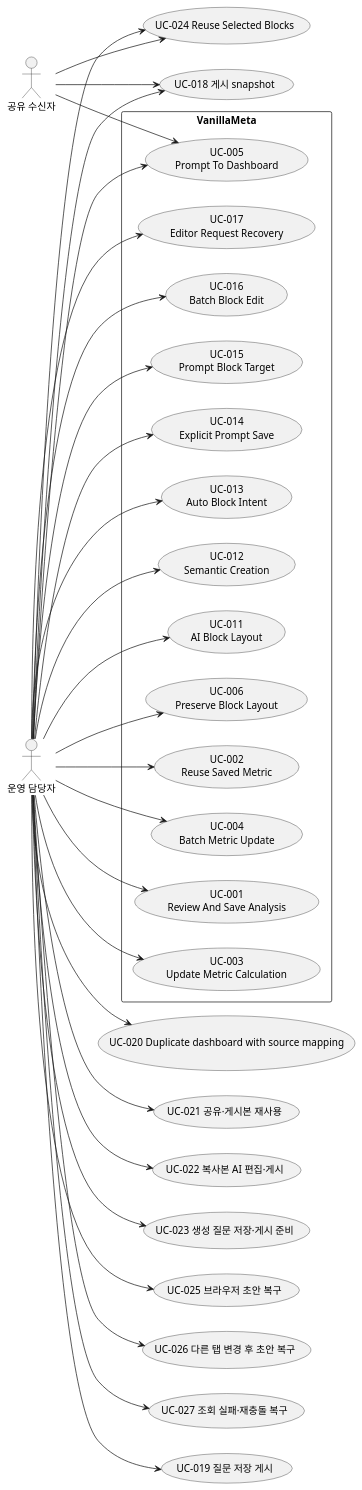
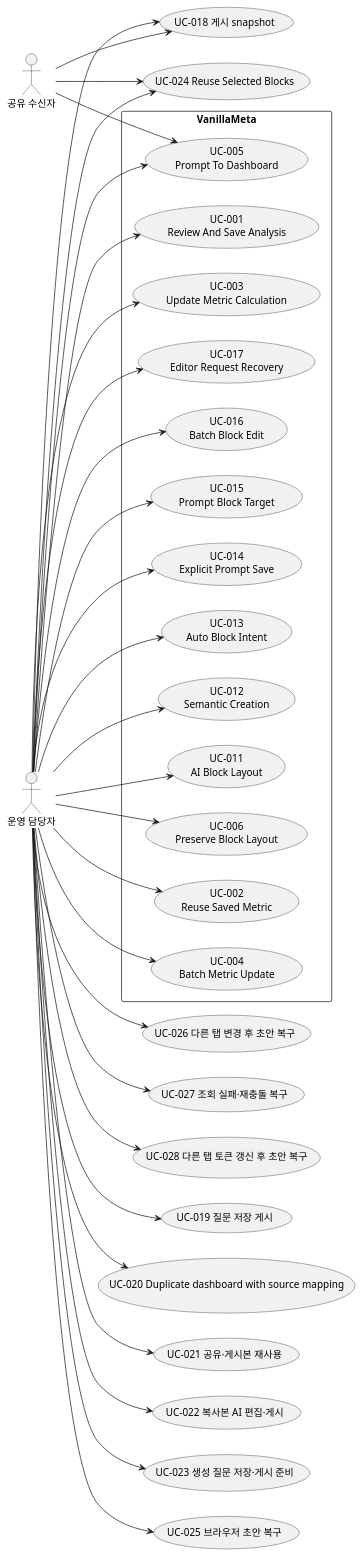
One commit to vanillabrain/vanillameta changed the diagram in docs/use_cases.puml. Above: the diagram before and after it, drawn with PlantUML. The commit also changed 15 other files, not shown here.

```diff
--- a/docs/use_cases.puml
+++ b/docs/use_cases.puml
@@ -1,56 +1,58 @@
 @startuml
 left to right direction
 actor "운영 담당자" as operator
 rectangle "VanillaMeta" {
  usecase "UC-017\nEditor Request Recovery" as UC017
  usecase "UC-016\nBatch Block Edit" as UC016
  usecase "UC-015\nPrompt Block Target" as UC015
  usecase "UC-014\nExplicit Prompt Save" as UC014
  usecase "UC-013\nAuto Block Intent" as UC013
  usecase "UC-012\nSemantic Creation" as UC012
  usecase "UC-011\nAI Block Layout" as UC011
  usecase "UC-006\nPreserve Block Layout" as UC006
  usecase "UC-005\nPrompt To Dashboard" as UC005
  usecase "UC-004\nBatch Metric Update" as UC004
  usecase "UC-001\nReview And Save Analysis" as UC001
  usecase "UC-003\nUpdate Metric Calculation" as UC003
  usecase "UC-002\nReuse Saved Metric" as UC002
 }
 operator --> UC015
 operator --> UC014
 operator --> UC013
 operator --> UC012
 operator --> UC011
 operator --> UC006
 operator --> UC005
 actor "공유 수신자" as recipient
 recipient --> UC005
 operator --> UC004
 operator --> UC003
 operator --> UC002
 operator --> UC001
 operator --> UC016
 operator --> UC017
 usecase "UC-018 게시 snapshot" as UC018
 operator --> UC018
 recipient --> UC018
 usecase "UC-019 질문 저장 게시" as UC019
 operator --> UC019
 usecase "UC-020 Duplicate dashboard with source mapping" as UC020
 operator --> UC020
 usecase "UC-021 공유·게시본 재사용" as UC021
 operator --> UC021
 usecase "UC-022 복사본 AI 편집·게시" as UC022
 operator --> UC022
 usecase "UC-023 생성 질문 저장·게시 준비" as UC023
 operator --> UC023
 usecase "UC-024 Reuse Selected Blocks" as UC024
 operator --> UC024
 recipient --> UC024
 usecase "UC-025 브라우저 초안 복구" as UC025
 operator --> UC025
 usecase "UC-026 다른 탭 변경 후 초안 복구" as UC026
 operator --> UC026
 usecase "UC-027 조회 실패·재충돌 복구" as UC027
 operator --> UC027
+usecase "UC-028 다른 탭 토큰 갱신 후 초안 복구" as UC028
+operator --> UC028
 @enduml
```
